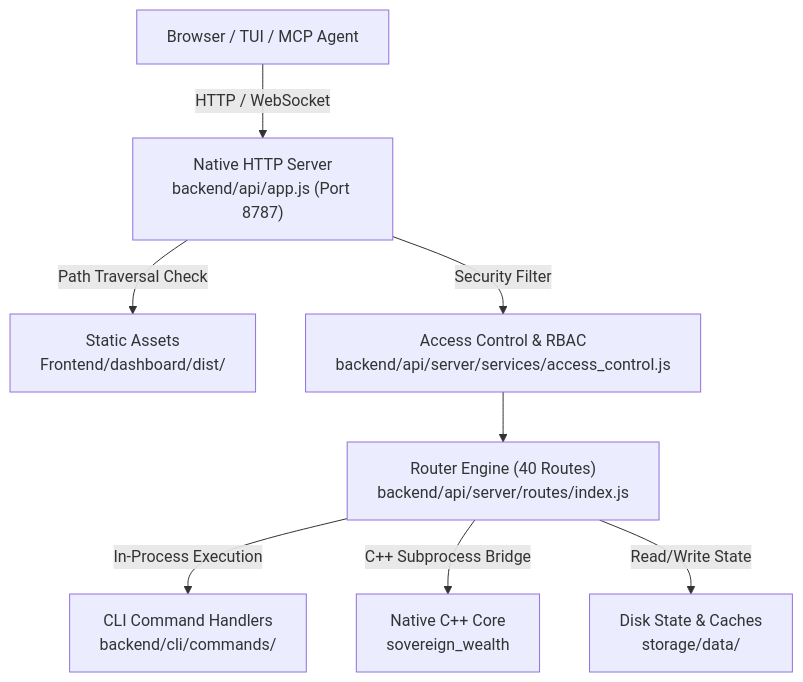
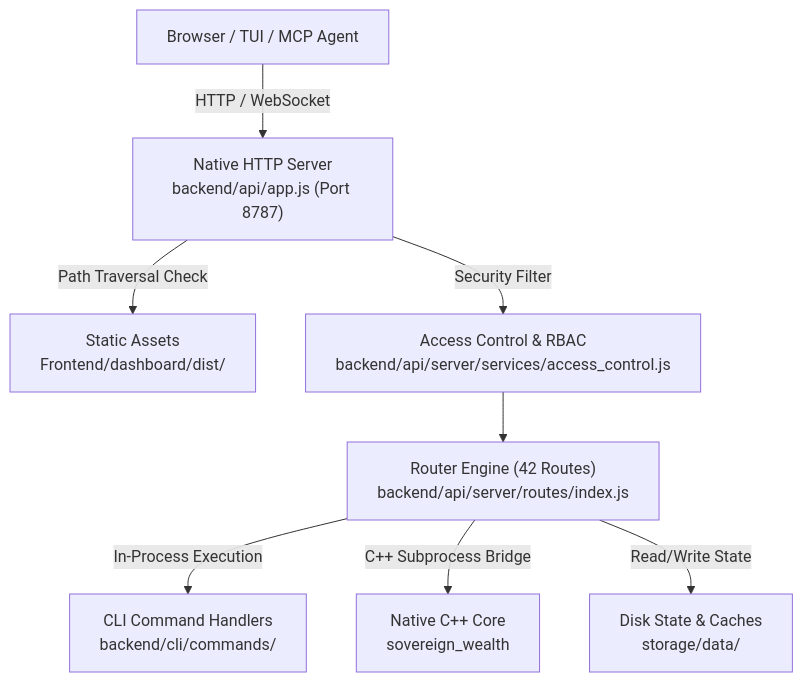
The diagram in docs/engineering/specs/web_api.md (vgbn2/personal_finance_draft), drawn with Mermaid before and after one commit. The commit also changed other lines of this file and 65 other files, not shown here.

````diff
--- a/docs/engineering/specs/web_api.md
+++ b/docs/engineering/specs/web_api.md
@@ -34,10 +34,10 @@
 ```mermaid
 flowchart TD
     CLIENT["Browser / TUI / MCP Agent"] -->|HTTP / WebSocket| APP["Native HTTP Server<br/>backend/api/app.js (Port 8787)"]
     APP -->|Path Traversal Check| STATIC["Static Assets<br/>Frontend/dashboard/dist/"]
     APP -->|Security Filter| ACCESS["Access Control & RBAC<br/>backend/api/server/services/access_control.js"]
-    ACCESS --> ROUTER["Router Engine (40 Routes)<br/>backend/api/server/routes/index.js"]
+    ACCESS --> ROUTER["Router Engine (42 Routes)<br/>backend/api/server/routes/index.js"]
     ROUTER -->|In-Process Execution| CLI["CLI Command Handlers<br/>backend/cli/commands/"]
     ROUTER -->|C++ Subprocess Bridge| CORE["Native C++ Core<br/>sovereign_wealth"]
     ROUTER -->|Read/Write State| CACHE["Disk State & Caches<br/>storage/data/"]
 ```
````
